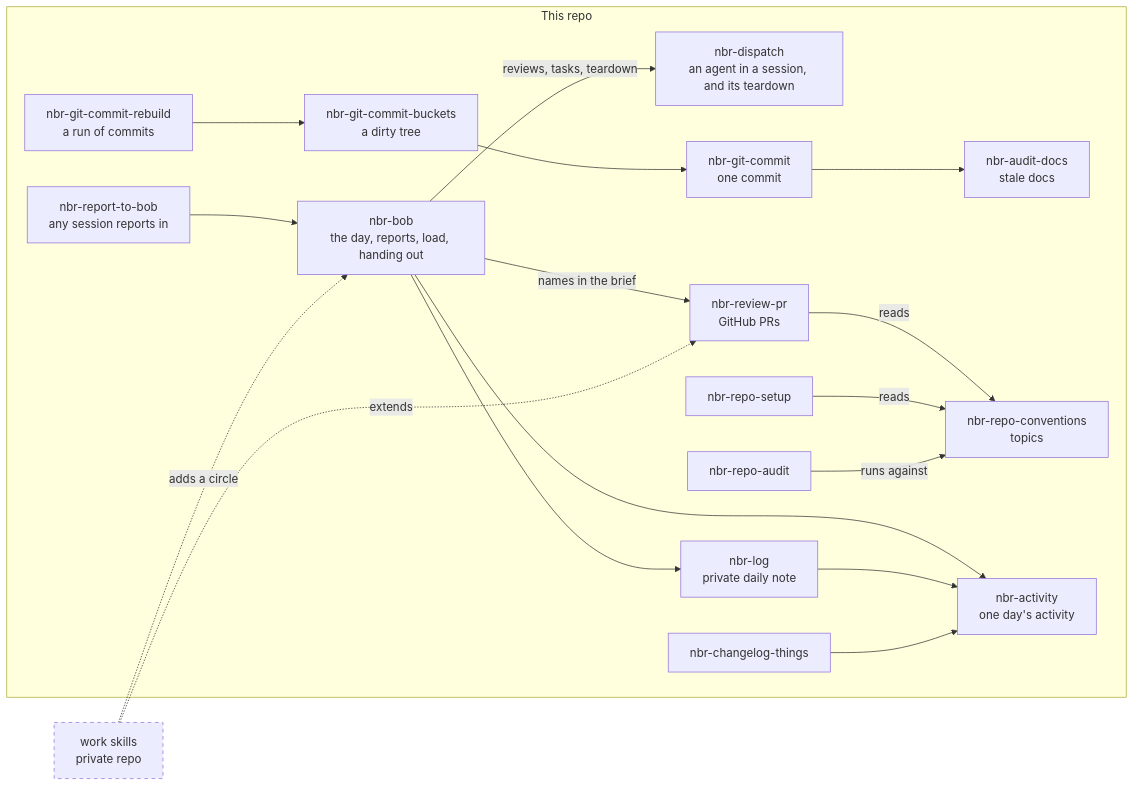
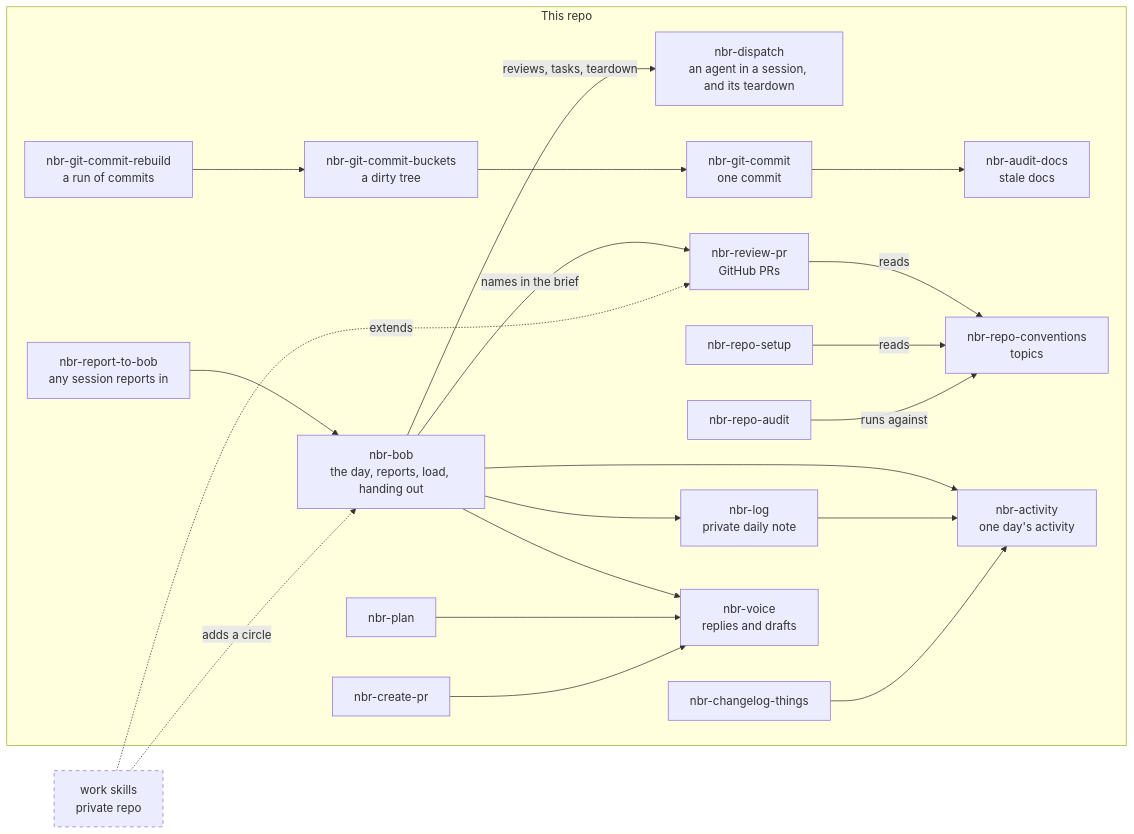
Before and after one commit to nikbrunner/agents: the diagram in README.md, drawn with Mermaid. The commit also changed other lines of this file and 6 other files, not shown here.

First line of the commit message:
Add nbr-voice for how agents talk to Nik and write in his name

````diff
--- a/README.md
+++ b/README.md
@@ -124,35 +124,41 @@
 ```mermaid
 flowchart LR
   subgraph user["This repo"]
     bob["nbr-bob<br/>the day, reports, load, handing out"]
     report["nbr-report-to-bob<br/>any session reports in"]
     dispatch["nbr-dispatch<br/>an agent in a session, and its teardown"]
     review["nbr-review-pr<br/>GitHub PRs"]
     commit["nbr-git-commit<br/>one commit"]
     buckets["nbr-git-commit-buckets<br/>a dirty tree"]
     rebuild["nbr-git-commit-rebuild<br/>a run of commits"]
     audit["nbr-audit-docs<br/>stale docs"]
     conventions["nbr-repo-conventions<br/>topics"]
     rsetup["nbr-repo-setup"]
     raudit["nbr-repo-audit"]
     activity["nbr-activity<br/>one day's activity"]
     nlog["nbr-log<br/>private daily note"]
     things["nbr-changelog-things"]
+    voice["nbr-voice<br/>replies and drafts"]
+    plan["nbr-plan"]
+    pr["nbr-create-pr"]
   end
   work["work skills<br/>private repo"]
   report --> bob
   bob -- reviews, tasks, teardown --> dispatch
   bob -- names in the brief --> review
   bob --> nlog
   bob --> activity
   work -. extends .-> review
   work -. adds a circle .-> bob
   review -- reads --> conventions
   rebuild --> buckets --> commit --> audit
   rsetup -- reads --> conventions
   raudit -- runs against --> conventions
   nlog --> activity
   things --> activity
+  bob --> voice
+  plan --> voice
+  pr --> voice
   classDef private stroke-dasharray: 5 5
   class work private
 ```
````
